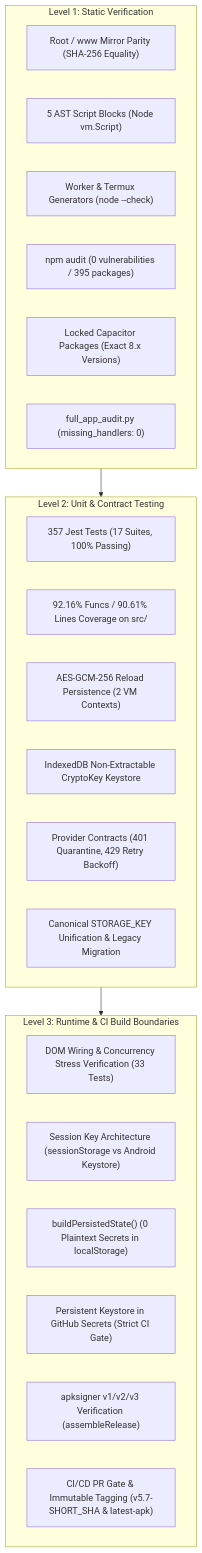
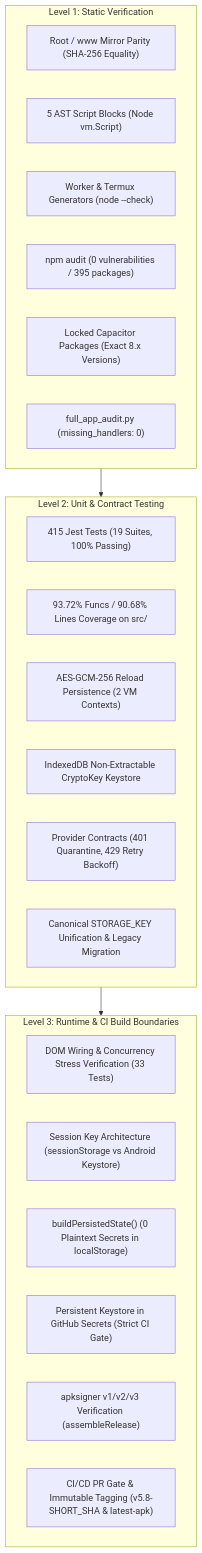
The first of 2 diagrams in AUDIT_REPORT.md (dicardotr46-max/EG-Nexus-OS), drawn with Mermaid before and after one commit. The commit also changed other lines of this file and 31 other files, not shown here.

````diff
--- a/AUDIT_REPORT.md
+++ b/AUDIT_REPORT.md
@@ -21,32 +21,32 @@
 ```mermaid
 flowchart TD
     subgraph LEVEL_1["Level 1: Static Verification"]
         PARITY["Root / www Mirror Parity (SHA-256 Equality)"]
         AST["5 AST Script Blocks (Node vm.Script)"]
         TMPL["Worker & Termux Generators (node --check)"]
         NPM["npm audit (0 vulnerabilities / 395 packages)"]
         PINS["Locked Capacitor Packages (Exact 8.x Versions)"]
         PARSER["full_app_audit.py (missing_handlers: 0)"]
     end
 
     subgraph LEVEL_2["Level 2: Unit & Contract Testing"]
-        JEST["357 Jest Tests (17 Suites, 100% Passing)"]
-        COV["92.16% Funcs / 90.61% Lines Coverage on src/"]
+        JEST["415 Jest Tests (19 Suites, 100% Passing)"]
+        COV["93.72% Funcs / 90.68% Lines Coverage on src/"]
         RELOAD["AES-GCM-256 Reload Persistence (2 VM Contexts)"]
         IDB_KEY["IndexedDB Non-Extractable CryptoKey Keystore"]
         PROVIDER["Provider Contracts (401 Quarantine, 429 Retry Backoff)"]
         STORAGE_UNIF["Canonical STORAGE_KEY Unification & Legacy Migration"]
     end
 
     subgraph LEVEL_3["Level 3: Runtime & CI Build Boundaries"]
         DOM_WIRING["DOM Wiring & Concurrency Stress Verification (33 Tests)"]
         SESSION["Session Key Architecture (sessionStorage vs Android Keystore)"]
         STRIP["buildPersistedState() (0 Plaintext Secrets in localStorage)"]
         SECRETS_GATE["Persistent Keystore in GitHub Secrets (Strict CI Gate)"]
         SIGN["apksigner v1/v2/v3 Verification (assembleRelease)"]
-        GATE["CI/CD PR Gate & Immutable Tagging (v5.7-SHORT_SHA & latest-apk)"]
+        GATE["CI/CD PR Gate & Immutable Tagging (v5.8-SHORT_SHA & latest-apk)"]
     end
 
     LEVEL_1 --> LEVEL_2
     LEVEL_2 --> LEVEL_3
 ```
````
